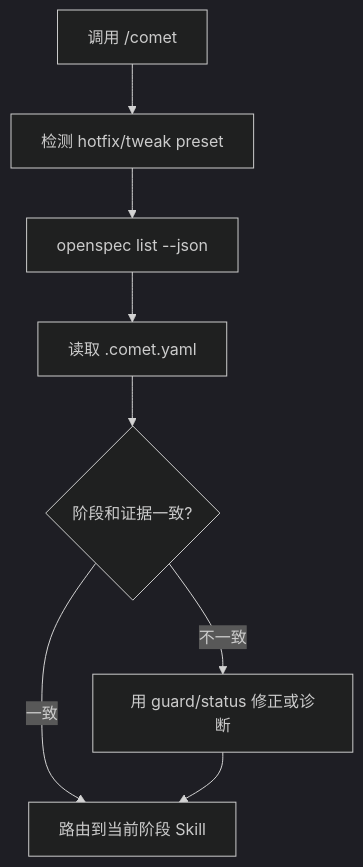
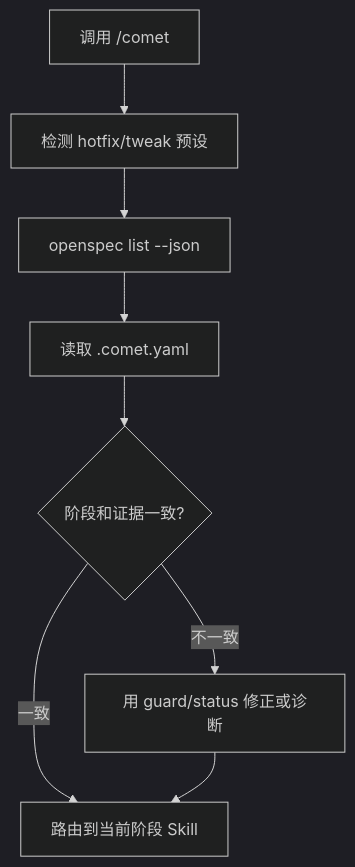
One commit to rpamis/comet-website-docs changed the fifth of 5 diagrams in zh/concepts/workflow.mdx. Above: the diagram before and after it, drawn with Mermaid (dark theme). The commit also changed other lines of this file and 12 other files, not shown here.

````diff
--- a/zh/concepts/workflow.mdx
+++ b/zh/concepts/workflow.mdx
@@ -241,10 +241,10 @@
 ```mermaid
 flowchart TD
-  A["调用 /comet"] --> B["检测 hotfix/tweak preset"]
+  A["调用 /comet"] --> B["检测 hotfix/tweak 预设"]
   B --> C["openspec list --json"]
   C --> D["读取 .comet.yaml"]
   D --> E{"阶段和证据一致?"}
   E -->|一致| F["路由到当前阶段 Skill"]
   E -->|不一致| G["用 guard/status 修正或诊断"]
   G --> F
 ```
````
